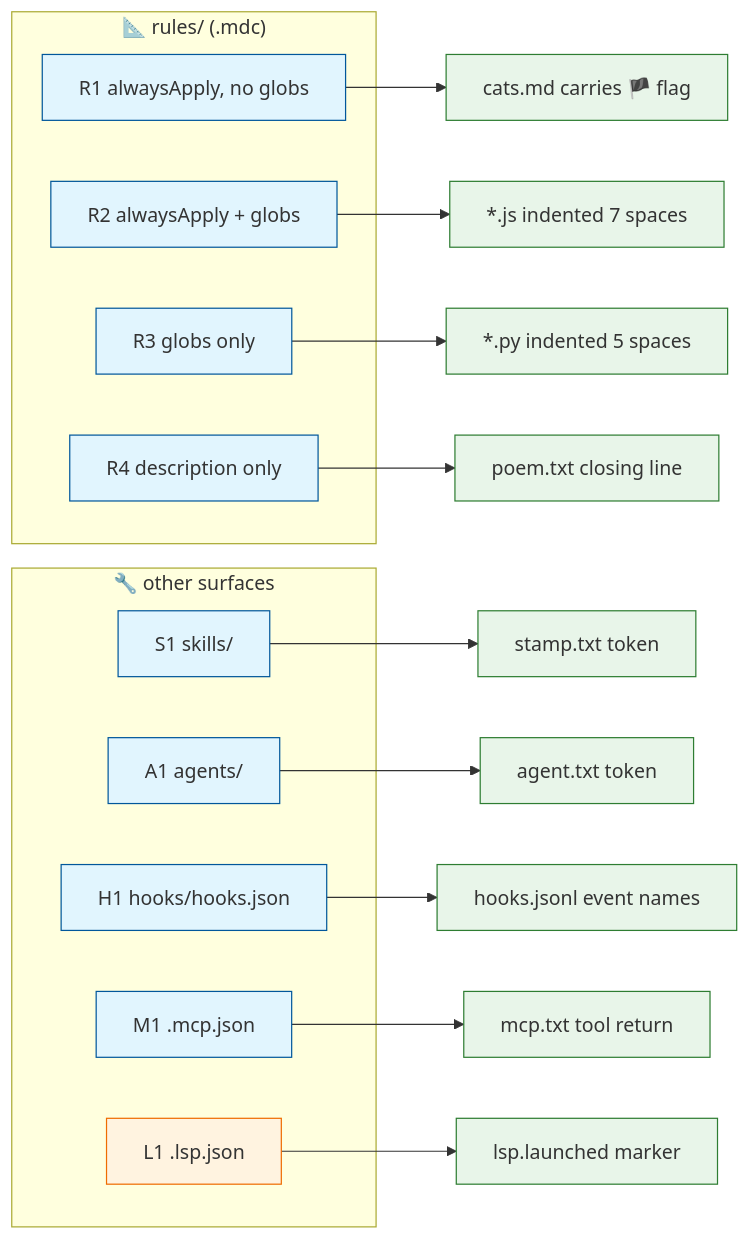
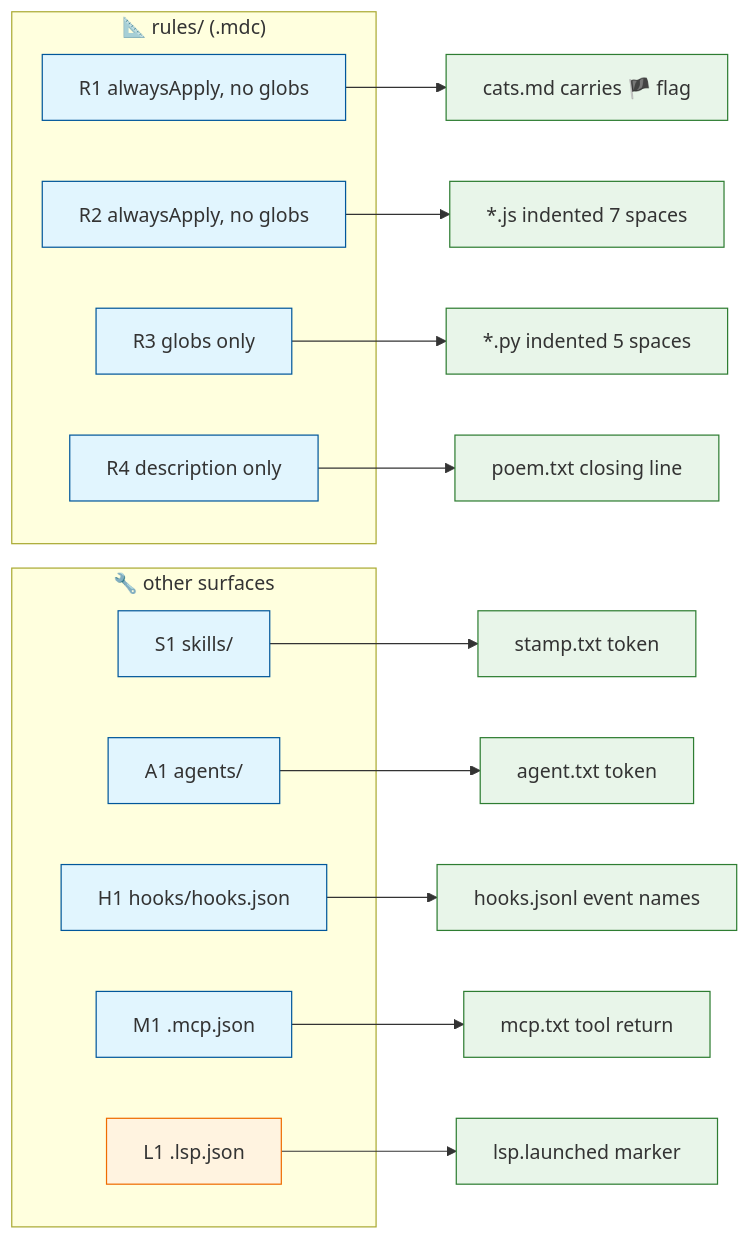
Before and after one commit to Texarkanine/open-plugins-surface-test: the first of 3 diagrams in DESIGN.md, drawn with Mermaid. The commit also changed other lines of this file and 12 other files, not shown here.

````diff
--- a/DESIGN.md
+++ b/DESIGN.md
@@ -25,32 +25,32 @@
 ```mermaid
 graph LR
     classDef comp fill:#e1f5fe,stroke:#01579b;
     classDef probe fill:#f3e5f5,stroke:#7b1fa2;
     classDef art fill:#e8f5e9,stroke:#2e7d32;
     classDef open fill:#fff3e0,stroke:#ef6c00;
 
     subgraph Rules["📐 rules/ (.mdc)"]
         R1["R1 alwaysApply, no globs"]:::comp
-        R2["R2 alwaysApply + globs"]:::comp
+        R2["R2 alwaysApply, no globs"]:::comp
         R3["R3 globs only"]:::comp
         R4["R4 description only"]:::comp
     end
 
     subgraph Other["🔧 other surfaces"]
         S1["S1 skills/"]:::comp
         A1["A1 agents/"]:::comp
         H1["H1 hooks/hooks.json"]:::comp
         M1["M1 .mcp.json"]:::comp
         L1["L1 .lsp.json"]:::open
     end
 
     R1 --> ART1["cats.md carries 🏴 flag"]:::art
     R2 --> ART2["*.js indented 7 spaces"]:::art
     R3 --> ART3["*.py indented 5 spaces"]:::art
     R4 --> ART4["poem.txt closing line"]:::art
     S1 --> ART5["stamp.txt token"]:::art
     A1 --> ART6["agent.txt token"]:::art
     H1 --> ART7["hooks.jsonl event names"]:::art
     M1 --> ART8["mcp.txt tool return"]:::art
     L1 --> ART9["lsp.launched marker"]:::art
 ```
````
